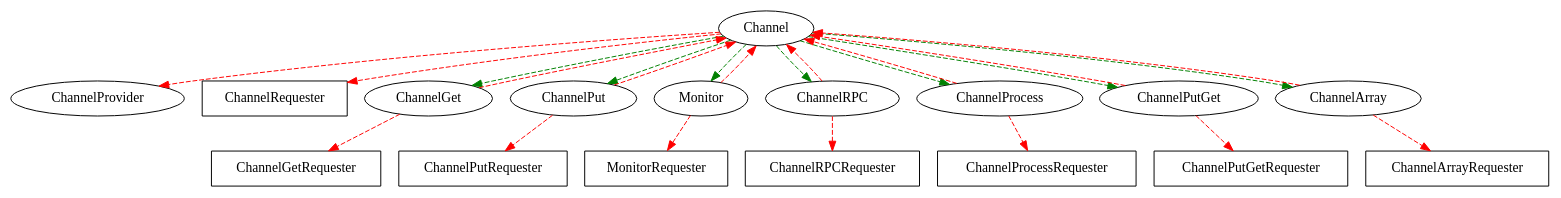
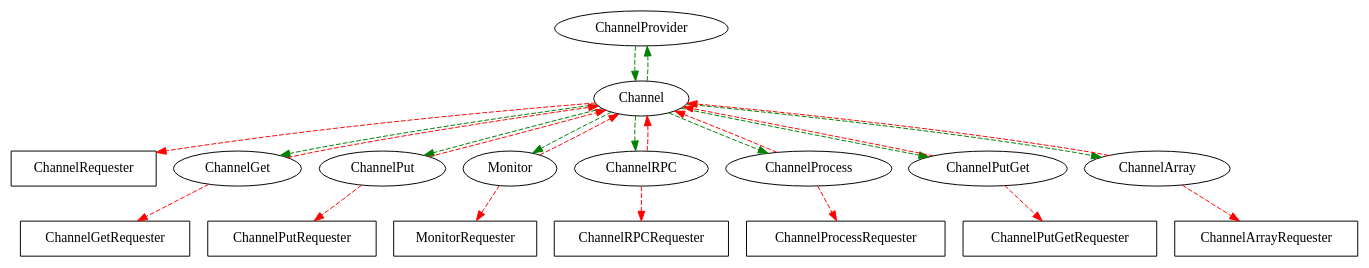
One commit to epics-base/pvAccessCPP changed the diagram in documentation/client_ownership.dot. Above: the diagram before and after it, drawn with Graphviz. The commit also changed 4 other files, not shown here.

```diff
--- a/documentation/client_ownership.dot
+++ b/documentation/client_ownership.dot
@@ -1,51 +1,53 @@
 digraph clientowner {
   ChannelProvider;
   Channel;
   ChannelRequester [shape=box];
 
   Channel;
   ChannelRequester [shape=box];
   ChannelGet;
   ChannelGetRequester [shape=box];
   ChannelPut;
   ChannelPutRequester [shape=box];
   Monitor;
   MonitorRequester [shape=box];
   ChannelRPC;
   ChannelRPCRequester [shape=box];
   ChannelProcess;
   ChannelProcessRequester [shape=box];
   ChannelPutGet;
   ChannelPutGetRequester [shape=box];
   ChannelArray;
   ChannelArrayRequester [shape=box];
 
+  Channel -> ChannelProvider [color=green, style=dashed];
+  ChannelProvider -> Channel [color=green, style=dashed];
+
   # Operation -> Requester  strong ref
-  Channel -> ChannelProvider [color=red, style=dashed];
   Channel -> ChannelRequester [color=red, style=dashed];
   ChannelGet -> ChannelGetRequester [color=red, style=dashed];
   ChannelPut -> ChannelPutRequester [color=red, style=dashed];
   Monitor -> MonitorRequester [color=red, style=dashed];
   ChannelRPC -> ChannelRPCRequester [color=red, style=dashed];
   ChannelProcess -> ChannelProcessRequester [color=red, style=dashed];
   ChannelPutGet -> ChannelPutGetRequester [color=red, style=dashed];
   ChannelArray -> ChannelArrayRequester [color=red, style=dashed];
 
   # Channel -> Operation  weak ref
   Channel -> ChannelGet [color=green, style=dashed];
   Channel -> ChannelPut [color=green, style=dashed];
   Channel -> Monitor [color=green, style=dashed];
   Channel -> ChannelRPC [color=green, style=dashed];
   Channel -> ChannelProcess [color=green, style=dashed];
   Channel -> ChannelPutGet [color=green, style=dashed];
   Channel -> ChannelArray [color=green, style=dashed];
 
   # Operation -> Channel  strong ref
   ChannelGet -> Channel [color=red, style=dashed];
   ChannelPut -> Channel [color=red, style=dashed];
   Monitor -> Channel [color=red, style=dashed];
   ChannelRPC -> Channel [color=red, style=dashed];
   ChannelProcess -> Channel [color=red, style=dashed];
   ChannelPutGet -> Channel [color=red, style=dashed];
   ChannelArray -> Channel [color=red, style=dashed];
 }
```
